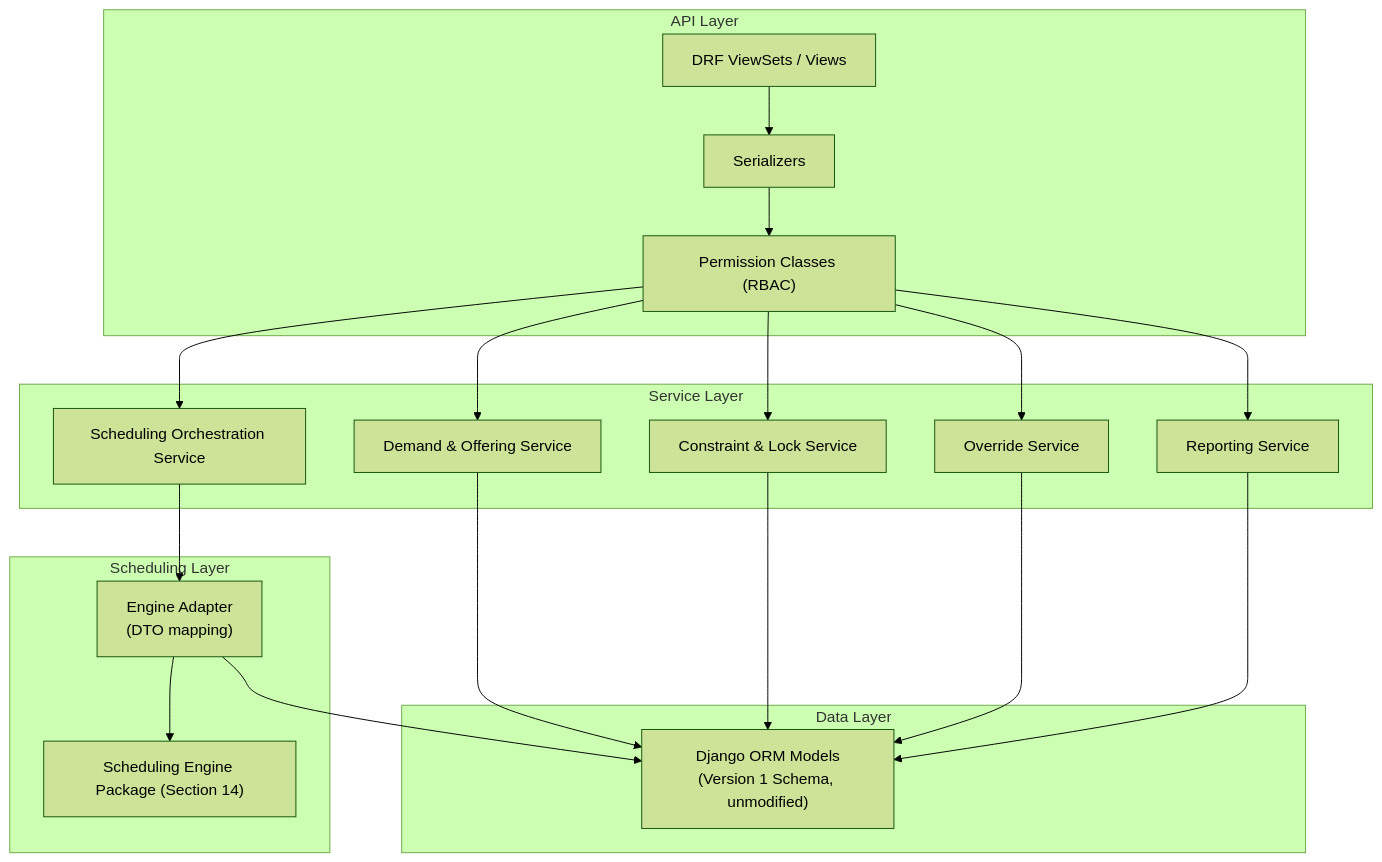
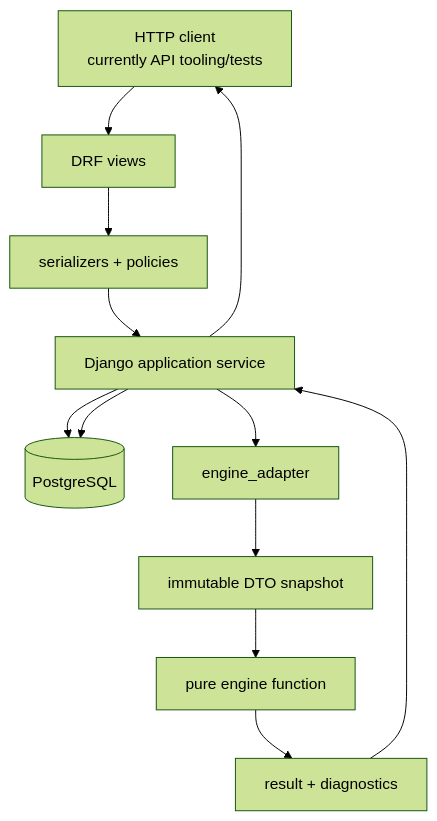
One commit to Yvan-DeSouza/School-Schedule-Optimizer changed the fifth of 6 diagrams in docs/Software_Design_Document.md. Above: the diagram before and after it, drawn with Mermaid (forest theme). The commit also changed other lines of this file, not shown here.

````diff
--- a/docs/Software_Design_Document.md
+++ b/docs/Software_Design_Document.md
@@ -623,27 +566,14 @@
 ```mermaid
-flowchart TB
-    subgraph API Layer
-        VIEWS["DRF ViewSets / Views"]
-        SER["Serializers"]
-        PERM["Permission Classes (RBAC)"]
-    end
-    subgraph Service Layer
-        SVC1["Demand & Offering Service"]
-        SVC2["Constraint & Lock Service"]
-        SVC3["Scheduling Orchestration Service"]
-        SVC4["Override Service"]
-        SVC5["Reporting Service"]
-    end
-    subgraph Scheduling Layer
-        ADAPTER["Engine Adapter<br/>(DTO mapping)"]
-        ENGINE["Scheduling Engine Package (Section 14)"]
-    end
-    subgraph Data Layer
-        MODELS["Django ORM Models<br/>(Version 1 Schema, unmodified)"]
-    end
-
-    VIEWS --> SER --> PERM --> SVC1 & SVC2 & SVC3 & SVC4 & SVC5
-    SVC3 --> ADAPTER --> ENGINE
-    SVC1 & SVC2 & SVC4 & SVC5 --> MODELS
-    ADAPTER --> MODELS
+flowchart TD
+    CLIENT["HTTP client\ncurrently API tooling/tests"] --> VIEWS["DRF views"]
+    VIEWS --> SERIAL["serializers + policies"]
+    SERIAL --> SERVICE["Django application service"]
+    SERVICE --> DB[(PostgreSQL)]
+    SERVICE --> ADAPTER["engine_adapter"]
+    ADAPTER --> SNAP["immutable DTO snapshot"]
+    SNAP --> ENGINE["pure engine function"]
+    ENGINE --> RESULT["result + diagnostics"]
+    RESULT --> SERVICE
+    SERVICE --> DB
+    SERVICE --> CLIENT
 ```
````
